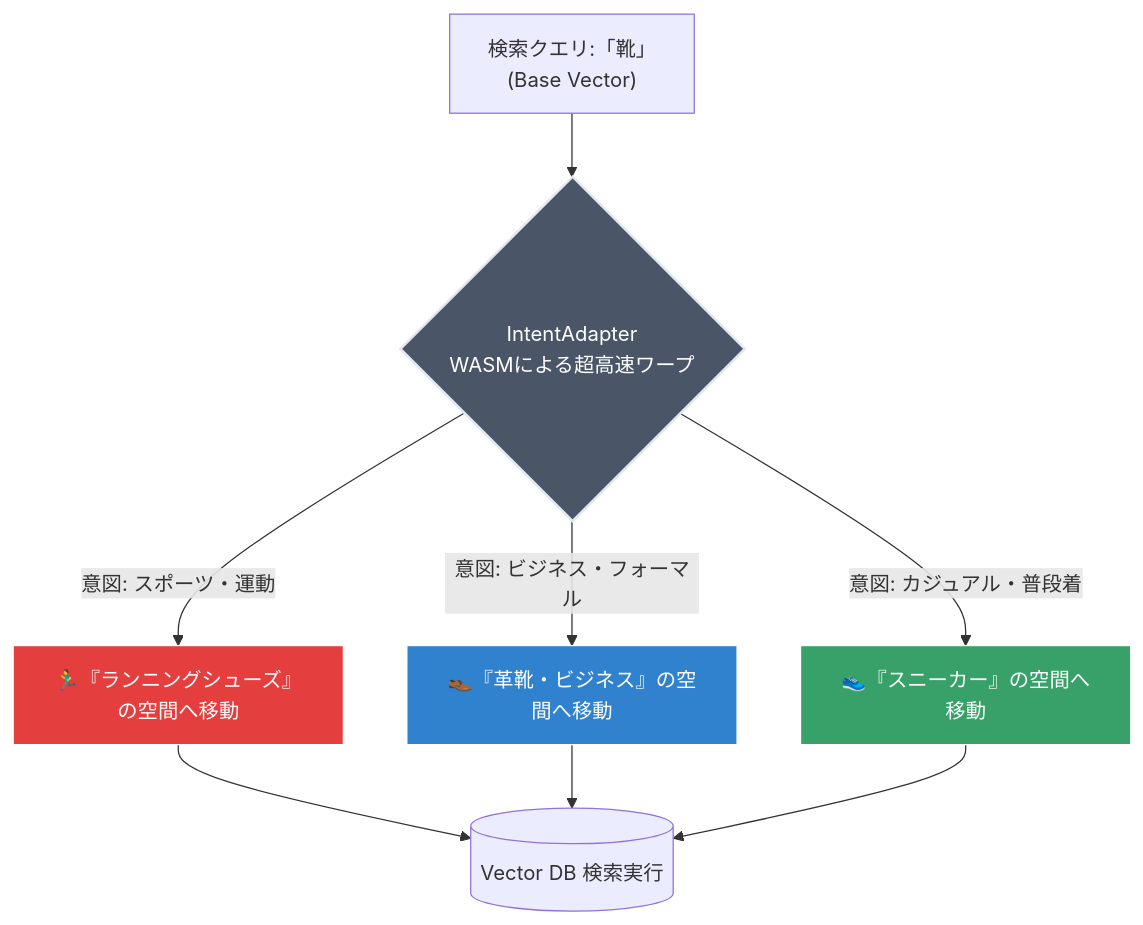
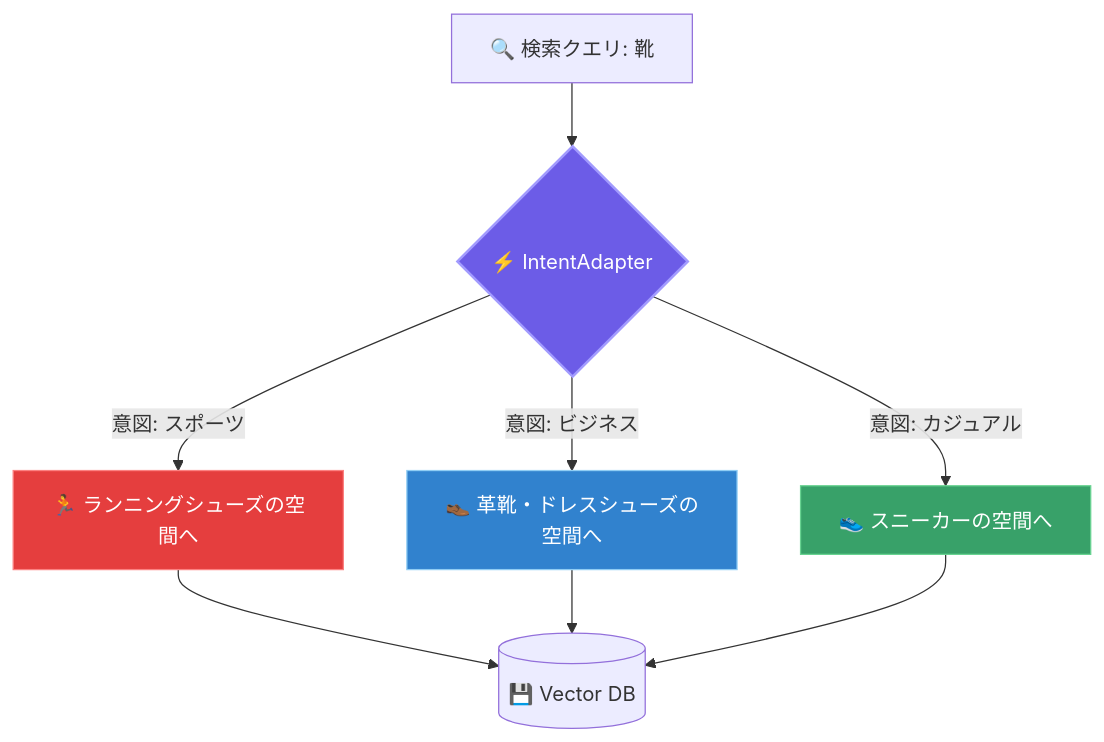
Before and after one commit to daiki-moritake/warpvector: the second of 2 diagrams in articles/reduce-pinecone-costs.md, drawn with Mermaid. The commit also changed other lines of this file, not shown here.

````diff
--- a/articles/reduce-pinecone-costs.md
+++ b/articles/reduce-pinecone-costs.md
@@ -86,17 +97,17 @@
 ```mermaid
 graph TD
-    Query["検索クエリ:「靴」<br/>(Base Vector)"] --> IA{IntentAdapter<br/>WASMによる超高速ワープ}
+    Query["🔍 検索クエリ: 靴"] --> IA{"⚡ IntentAdapter"}
 
-    IA -->|意図: スポーツ・運動| V_Sport["🏃‍♂️『ランニングシューズ』の空間へ移動"]
-    IA -->|意図: ビジネス・フォーマル| V_Biz["👞『革靴・ビジネス』の空間へ移動"]
-    IA -->|意図: カジュアル・普段着| V_Cas["👟『スニーカー』の空間へ移動"]
+    IA -->|意図: スポーツ| V_Sport["🏃 ランニングシューズの空間へ"]
+    IA -->|意図: ビジネス| V_Biz["👞 革靴・ドレスシューズの空間へ"]
+    IA -->|意図: カジュアル| V_Cas["👟 スニーカーの空間へ"]
 
-    V_Sport --> DB[(Vector DB 検索実行)]
+    V_Sport --> DB[("💾 Vector DB")]
     V_Biz --> DB
     V_Cas --> DB
 
-    style IA fill:#4a5568,stroke:#e2e8f0,stroke-width:2px,color:#fff
-    style V_Sport fill:#e53e3e,stroke:#fff,color:#fff
-    style V_Biz fill:#3182ce,stroke:#fff,color:#fff
-    style V_Cas fill:#38a169,stroke:#fff,color:#fff
+    style IA fill:#6c5ce7,stroke:#a29bfe,stroke-width:2px,color:#fff
+    style V_Sport fill:#e53e3e,stroke:#fc8181,color:#fff
+    style V_Biz fill:#3182ce,stroke:#90cdf4,color:#fff
+    style V_Cas fill:#38a169,stroke:#68d391,color:#fff
 ```
````
